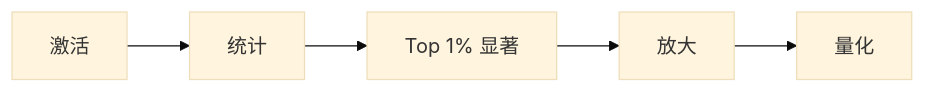
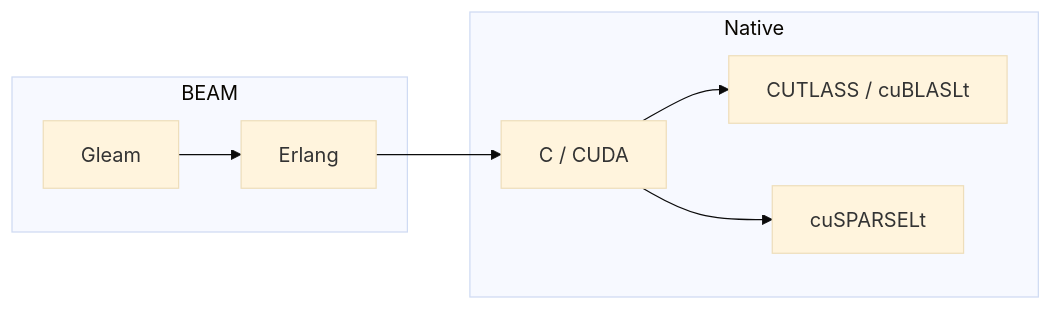
One commit to gabrielmaialva33/viva_tensor changed the first of 2 diagrams in docs/zh-cn/paper.md. Above: the diagram before and after it, drawn with Mermaid (base theme). The commit also changed other lines of this file and 10 other files, not shown here.

````diff
--- a/docs/zh-cn/paper.md
+++ b/docs/zh-cn/paper.md
@@ -67,7 +26,14 @@
 ```mermaid
 flowchart LR
-    A[激活] --> S[统计]
-    S --> T["Top 1% 显著"]
-    T --> U["放大"]
-    U --> Q[量化]
+    subgraph BEAM
+        G[Gleam]
+        E[Erlang]
+    end
+    subgraph Native
+        C[C / CUDA]
+        T[CUTLASS / cuBLASLt]
+        S[cuSPARSELt]
+    end
+    G --> E --> C --> T
+    C --> S
 ```
````
